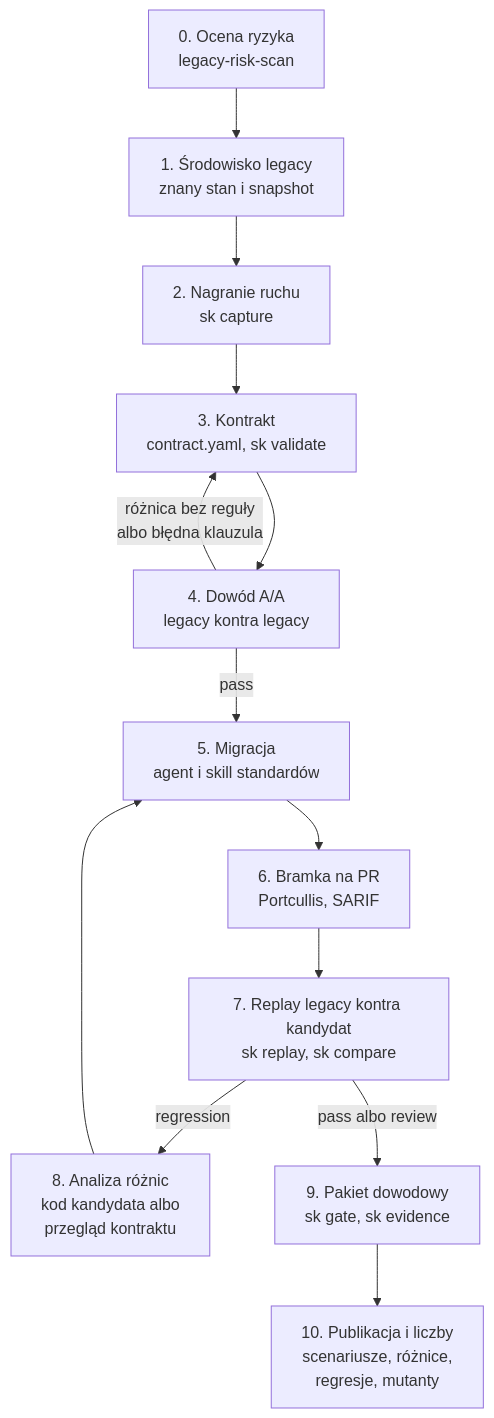
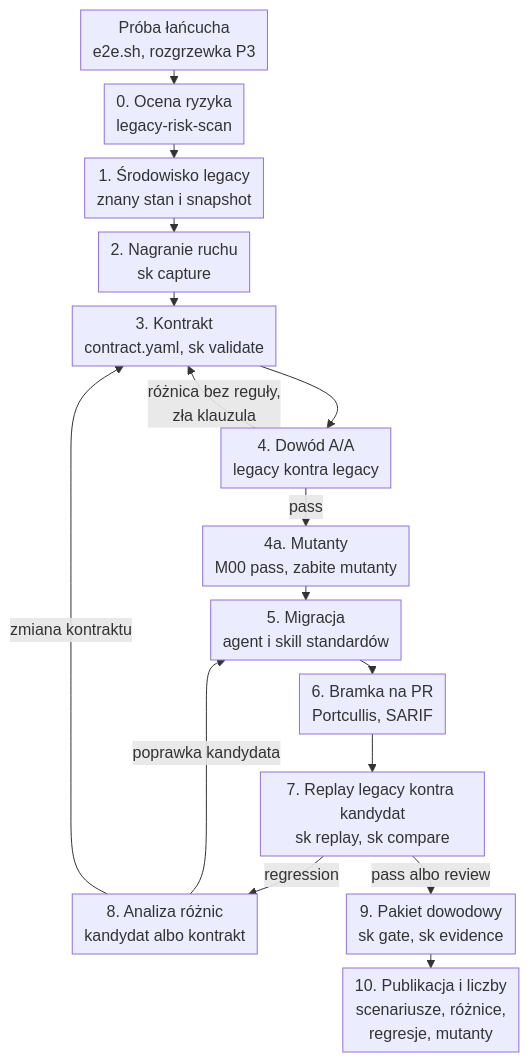
The diagram in docs/diagrams/a6-procedura.mmd (konradcinkusz/letsgolegacy.secondkey), drawn with Mermaid before and after one commit. The commit also changed 26 other files, not shown here.

```diff
--- a/docs/diagrams/a6-procedura.mmd
+++ b/docs/diagrams/a6-procedura.mmd
@@ -1,13 +1,17 @@
+%%{init: {"flowchart": {"rankSpacing": 14, "nodeSpacing": 22, "padding": 6}}}%%
 flowchart TD
+  KP["Próba łańcucha<br/>e2e.sh, rozgrzewka P3"] --> K0
   K0["0. Ocena ryzyka<br/>legacy-risk-scan"] --> K1["1. Środowisko legacy<br/>znany stan i snapshot"]
   K1 --> K2["2. Nagranie ruchu<br/>sk capture"]
   K2 --> K3["3. Kontrakt<br/>contract.yaml, sk validate"]
   K3 --> K4["4. Dowód A/A<br/>legacy kontra legacy"]
-  K4 -- "różnica bez reguły<br/>albo błędna klauzula" --> K3
-  K4 -- "pass" --> K5["5. Migracja<br/>agent i skill standardów"]
+  K4 -- "różnica bez reguły,<br/>zła klauzula" --> K3
+  K4 -- "pass" --> K4A["4a. Mutanty<br/>M00 pass, zabite mutanty"]
+  K4A --> K5["5. Migracja<br/>agent i skill standardów"]
   K5 --> K6["6. Bramka na PR<br/>Portcullis, SARIF"]
   K6 --> K7["7. Replay legacy kontra kandydat<br/>sk replay, sk compare"]
-  K7 -- "regression" --> K8["8. Analiza różnic<br/>kod kandydata albo<br/>przegląd kontraktu"]
-  K8 --> K5
+  K7 -- "regression" --> K8["8. Analiza różnic<br/>kandydat albo kontrakt"]
+  K8 -- "poprawka kandydata" --> K5
+  K8 -- "zmiana kontraktu" --> K3
   K7 -- "pass albo review" --> K9["9. Pakiet dowodowy<br/>sk gate, sk evidence"]
   K9 --> K10["10. Publikacja i liczby<br/>scenariusze, różnice,<br/>regresje, mutanty"]
```
